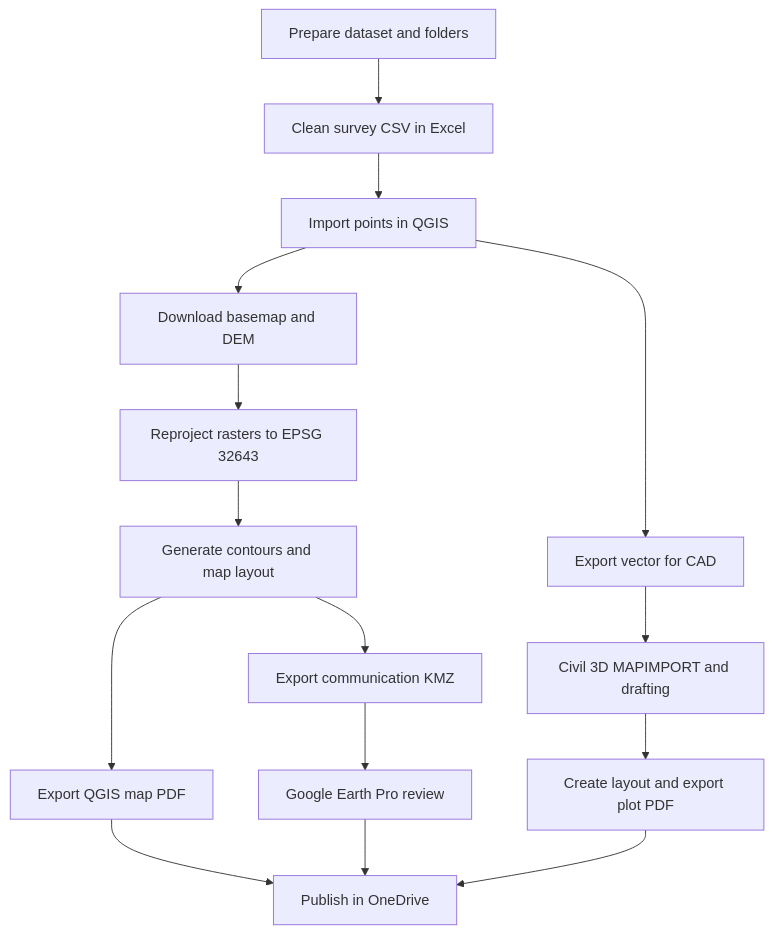
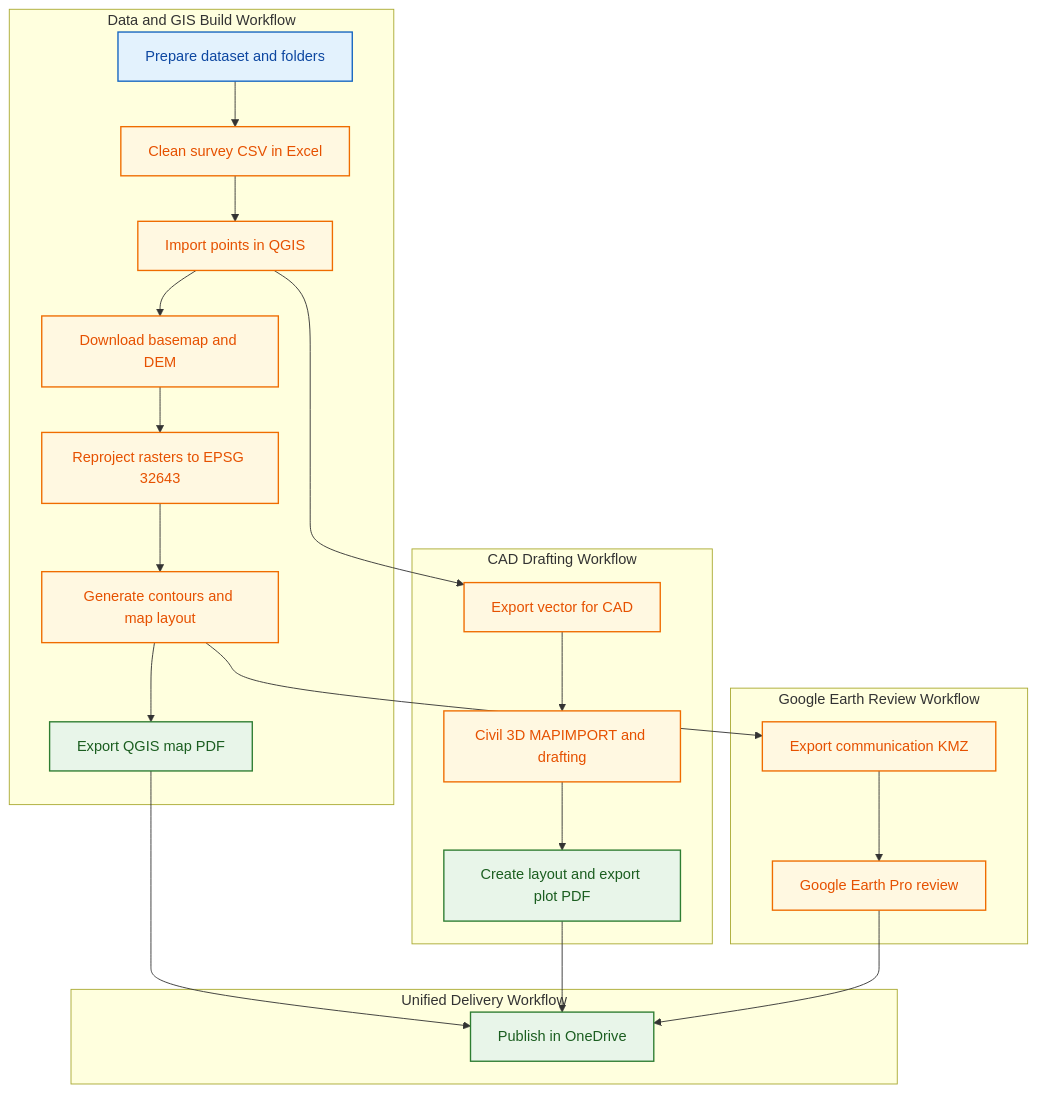
Before and after one commit to PrathamGitHub/Geo-CAD-Practical-Reference: the first of 3 diagrams in docs/practical-execution-guide.md, drawn with Mermaid. The commit also changed other lines of this file and 7 other files, not shown here.

Commit message:
Enhance documentation with updated flowcharts and class definitions for improved clarity and usability across AutoCAD Civil 3D, Excel 365, Google Earth Pro, OneDrive, and QGIS workflows.

````diff
--- a/docs/practical-execution-guide.md
+++ b/docs/practical-execution-guide.md
@@ -42,20 +42,39 @@
 ```mermaid
 flowchart TD
-    A[Prepare dataset and folders] --> B[Clean survey CSV in Excel]
-    B --> C[Import points in QGIS]
-    C --> D[Download basemap and DEM]
-    D --> E[Reproject rasters to EPSG 32643]
-    E --> F[Generate contours and map layout]
-    F --> G[Export QGIS map PDF]
+    subgraph BuildData[Data and GIS Build Workflow]
+        A[Prepare dataset and folders] --> B[Clean survey CSV in Excel]
+        B --> C[Import points in QGIS]
+        C --> D[Download basemap and DEM]
+        D --> E[Reproject rasters to EPSG 32643]
+        E --> F[Generate contours and map layout]
+        F --> G[Export QGIS map PDF]
+    end
 
-    C --> H[Export vector for CAD]
-    H --> I[Civil 3D MAPIMPORT and drafting]
-    I --> J[Create layout and export plot PDF]
+    subgraph CadDraft[CAD Drafting Workflow]
+        C --> H[Export vector for CAD]
+        H --> I[Civil 3D MAPIMPORT and drafting]
+        I --> J[Create layout and export plot PDF]
+    end
 
-    F --> K[Export communication KMZ]
-    K --> L[Google Earth Pro review]
+    subgraph EarthQA[Google Earth Review Workflow]
+        F --> K[Export communication KMZ]
+        K --> L[Google Earth Pro review]
+    end
 
-    G --> M[Publish in OneDrive]
+    subgraph Publish[Unified Delivery Workflow]
+        M[Publish in OneDrive]
+    end
+
+    G --> M
     J --> M
     L --> M
+
+    classDef input fill:#e3f2fd,stroke:#1565c0,stroke-width:1.5px,color:#0d47a1;
+    classDef process fill:#fff8e1,stroke:#ef6c00,stroke-width:1.5px,color:#e65100;
+    classDef decision fill:#ffebee,stroke:#c62828,stroke-width:1.5px,color:#8e0000;
+    classDef output fill:#e8f5e9,stroke:#2e7d32,stroke-width:1.5px,color:#1b5e20;
+
+    class A input;
+    class B,C,D,E,F,H,I,K,L process;
+    class G,J,M output;
 ```
````
